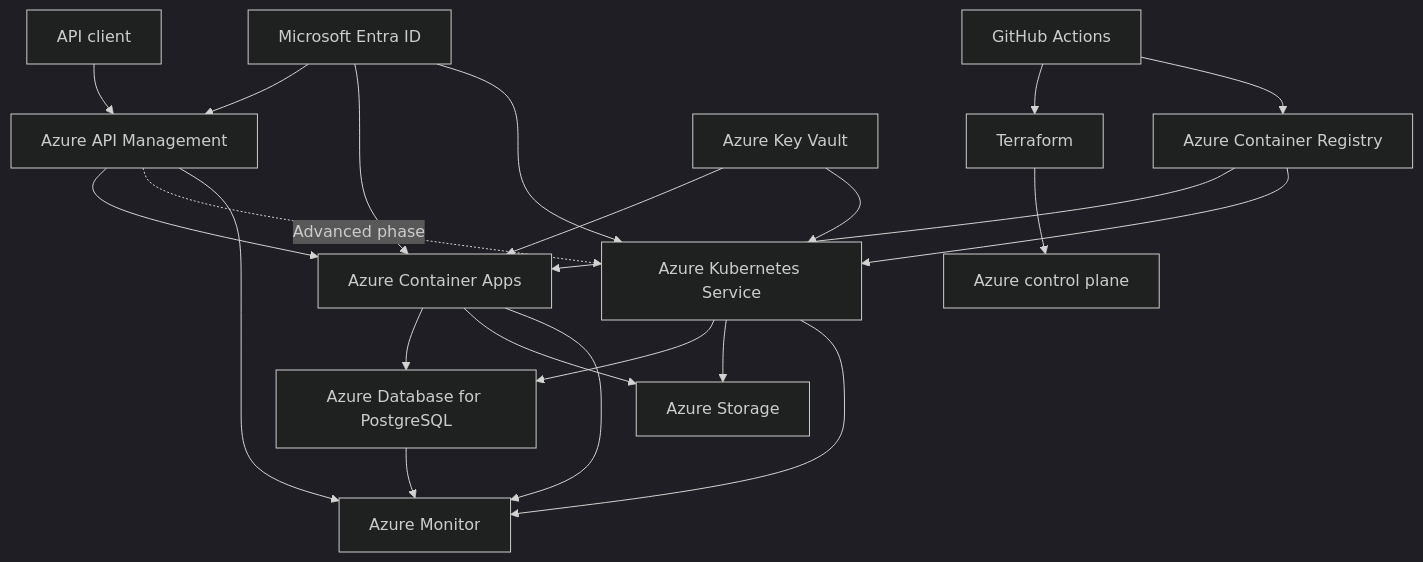
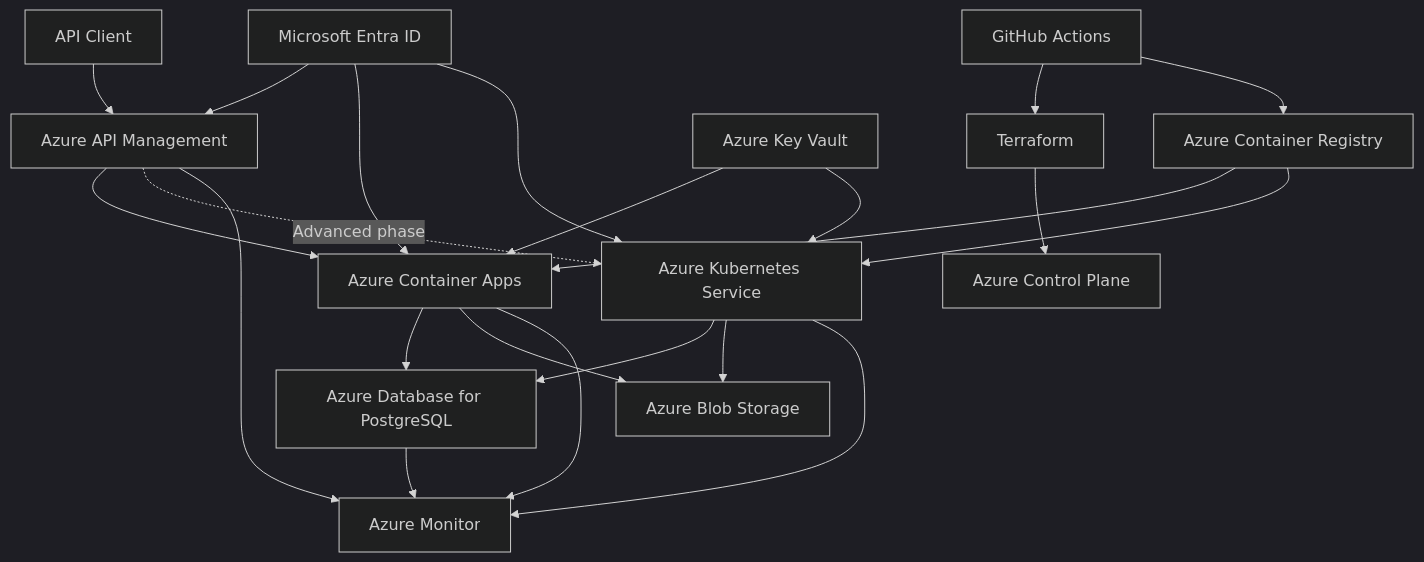
Before and after one commit to Morgein/azure-enterprise-platform-lab: the third of 4 diagrams in README.md, drawn with Mermaid (dark theme). The commit also changed other lines of this file and 8 other files, not shown here.

````diff
--- a/README.md
+++ b/README.md
@@ -153,32 +329,32 @@
 ```mermaid
 flowchart TD
-    Client["API client"] --> APIM["Azure API Management"]
+    Client["API Client"] --> APIM["Azure API Management"]
 
     APIM --> ACA["Azure Container Apps"]
     APIM -. "Advanced phase" .-> AKS["Azure Kubernetes Service"]
 
     ACA --> PostgreSQL["Azure Database for PostgreSQL"]
     AKS --> PostgreSQL
 
-    ACA --> Storage["Azure Storage"]
+    ACA --> Storage["Azure Blob Storage"]
     AKS --> Storage
 
     GitHub["GitHub Actions"] --> Terraform["Terraform"]
-    Terraform --> Azure["Azure control plane"]
+    Terraform --> Azure["Azure Control Plane"]
 
     GitHub --> ACR["Azure Container Registry"]
     ACR --> ACA
     ACR --> AKS
 
     Entra["Microsoft Entra ID"] --> APIM
     Entra --> ACA
     Entra --> AKS
 
     KeyVault["Azure Key Vault"] --> ACA
     KeyVault --> AKS
 
     APIM --> Monitor["Azure Monitor"]
     ACA --> Monitor
     AKS --> Monitor
     PostgreSQL --> Monitor
 ```
````
